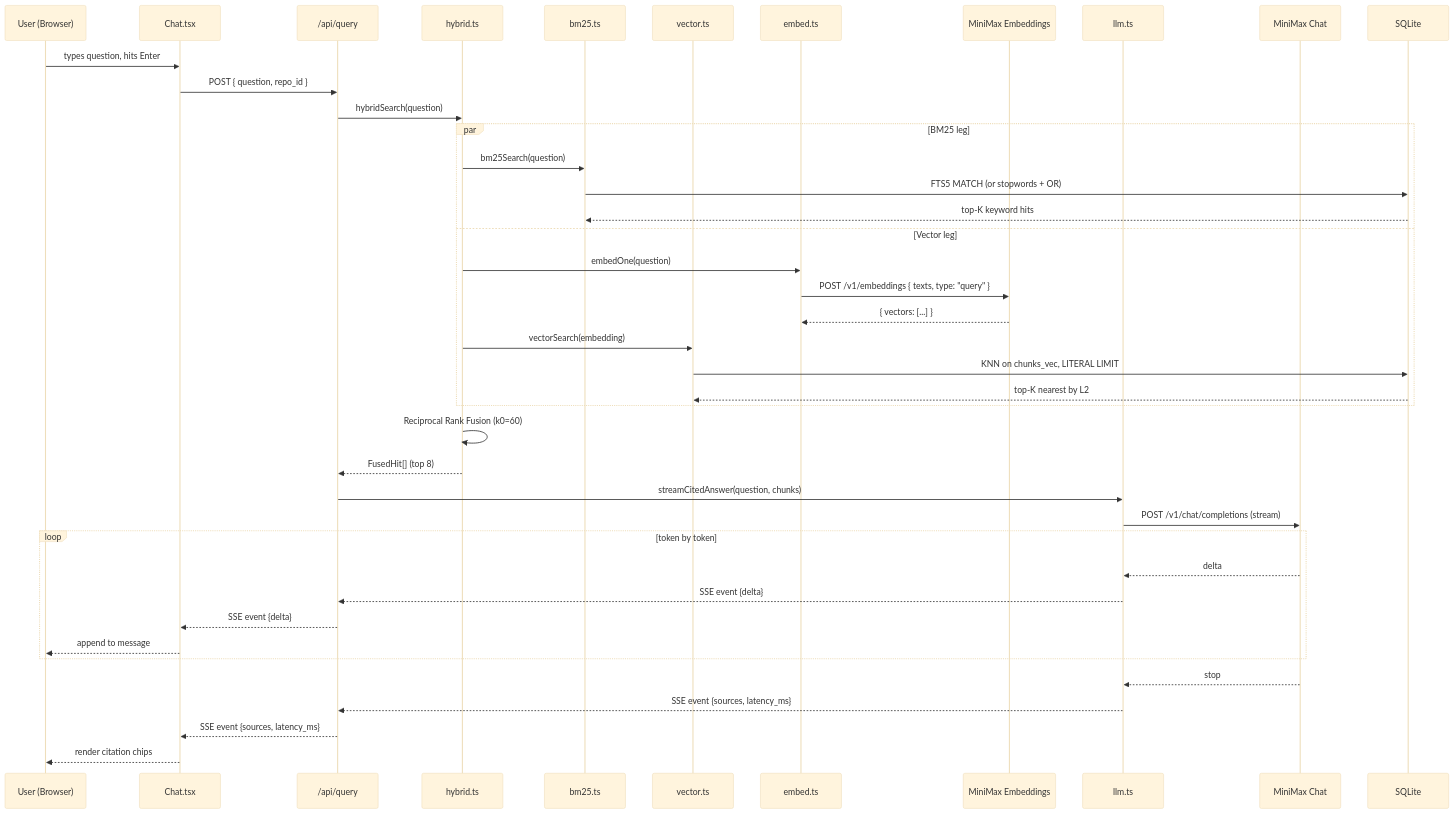
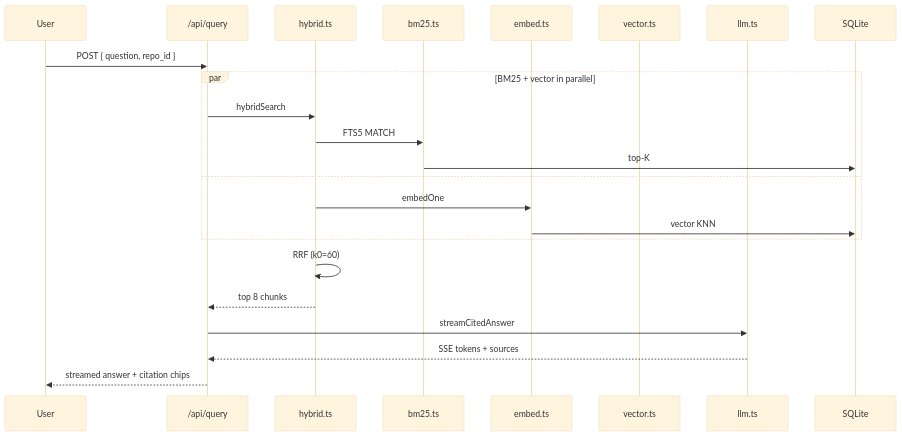
The second of 2 diagrams in README.md (sanjibani/code-doc-assistant), drawn with Mermaid (base theme) before and after one commit. The commit also changed other lines of this file and 1 other file, not shown here.

````diff
--- a/README.md
+++ b/README.md
@@ -100,44 +44,26 @@
 ```mermaid
 sequenceDiagram
-    participant U as User (Browser)
-    participant C as Chat.tsx
+    participant U as User
     participant Q as /api/query
     participant H as hybrid.ts
     participant B as bm25.ts
+    participant E as embed.ts
     participant V as vector.ts
-    participant E as embed.ts
-    participant M as MiniMax Embeddings
     participant L as llm.ts
-    participant T as MiniMax Chat
     participant S as SQLite
 
-    U->>C: types question, hits Enter
-    C->>Q: POST { question, repo_id }
-    Q->>H: hybridSearch(question)
-    par BM25 leg
-        H->>B: bm25Search(question)
-        B->>S: FTS5 MATCH (or stopwords + OR)
-        S-->>B: top-K keyword hits
-    and Vector leg
-        H->>E: embedOne(question)
-        E->>M: POST /v1/embeddings { texts, type: "query" }
-        M-->>E: { vectors: [...] }
-        H->>V: vectorSearch(embedding)
-        V->>S: KNN on chunks_vec, LITERAL LIMIT
-        S-->>V: top-K nearest by L2
+    U->>Q: POST { question, repo_id }
+    par BM25 + vector in parallel
+        Q->>H: hybridSearch
+        H->>B: FTS5 MATCH
+        B->>S: top-K
+    and
+        H->>E: embedOne
+        E->>S: vector KNN
     end
-    H->>H: Reciprocal Rank Fusion (k0=60)
-    H-->>Q: FusedHit[] (top 8)
-    Q->>L: streamCitedAnswer(question, chunks)
-    L->>T: POST /v1/chat/completions (stream)
-    loop token by token
-        T-->>L: delta
-        L-->>Q: SSE event {delta}
-        Q-->>C: SSE event {delta}
-        C-->>U: append to message
-    end
-    T-->>L: stop
-    L-->>Q: SSE event {sources, latency_ms}
-    Q-->>C: SSE event {sources, latency_ms}
-    C-->>U: render citation chips
+    H->>H: RRF (k0=60)
+    H-->>Q: top 8 chunks
+    Q->>L: streamCitedAnswer
+    L-->>Q: SSE tokens + sources
+    Q-->>U: streamed answer + citation chips
 ```
````
